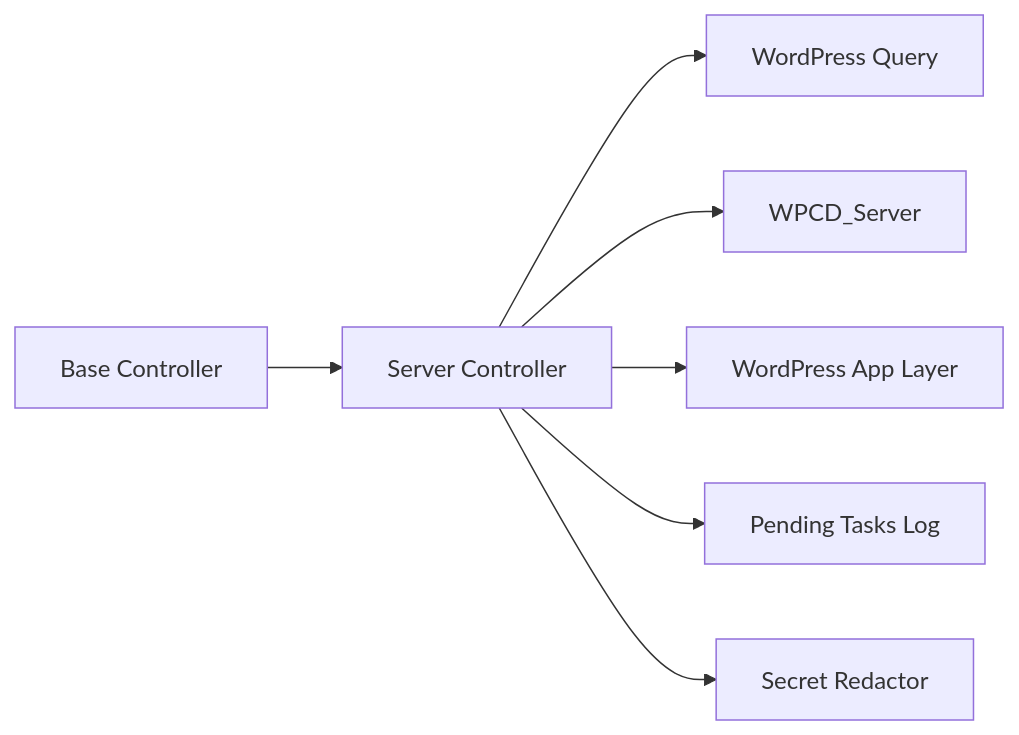
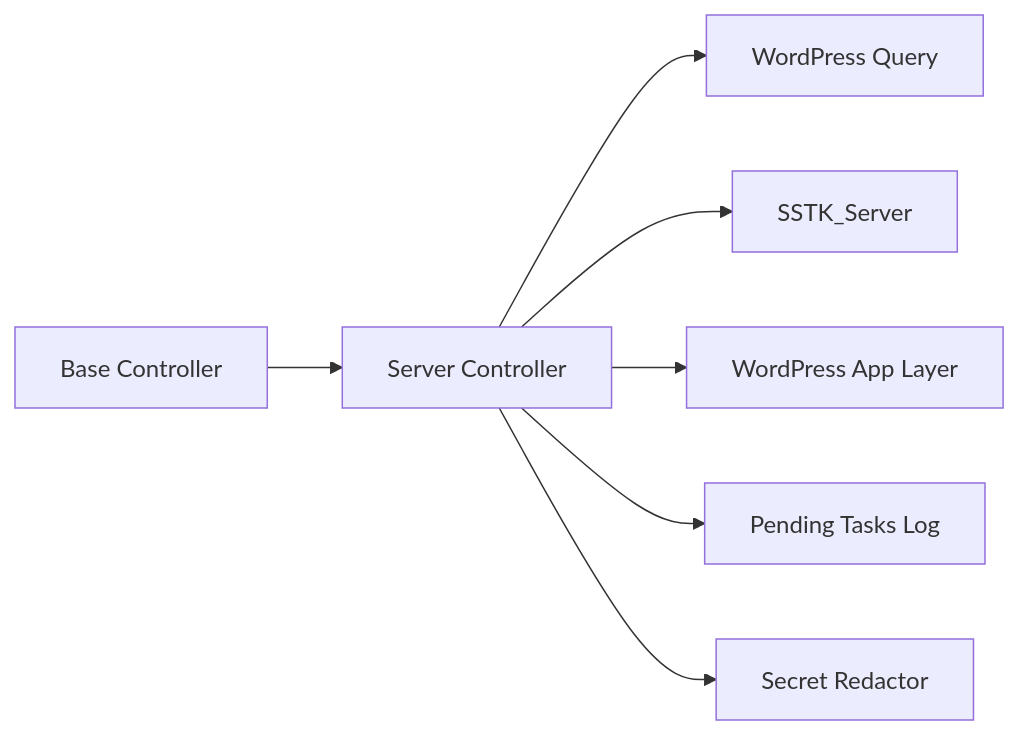
One commit to onedogsolutions/simple-stack changed the sixth of 6 diagrams in .qoder/repowiki/en/content/REST API Reference/Servers API.md. Above: the diagram before and after it, drawn with Mermaid. The commit also changed other lines of this file and 5941 other files, not shown here.

````diff
--- a/.qoder/repowiki/en/content/REST API Reference/Servers API.md
+++ b/.qoder/repowiki/en/content/REST API Reference/Servers API.md
@@ -559,9 +564,9 @@
 ```mermaid
 graph LR
 Base["Base Controller"] --> Servers["Server Controller"]
 Servers --> WP_Query["WordPress Query"]
-Servers --> WPCD_Server["WPCD_Server"]
+Servers --> SSTK_Server["SSTK_Server"]
 Servers --> WordPress_App["WordPress App Layer"]
 Servers --> Pending_Tasks["Pending Tasks Log"]
 Servers --> Secret_Redactor["Secret Redactor"]
 ```
````
